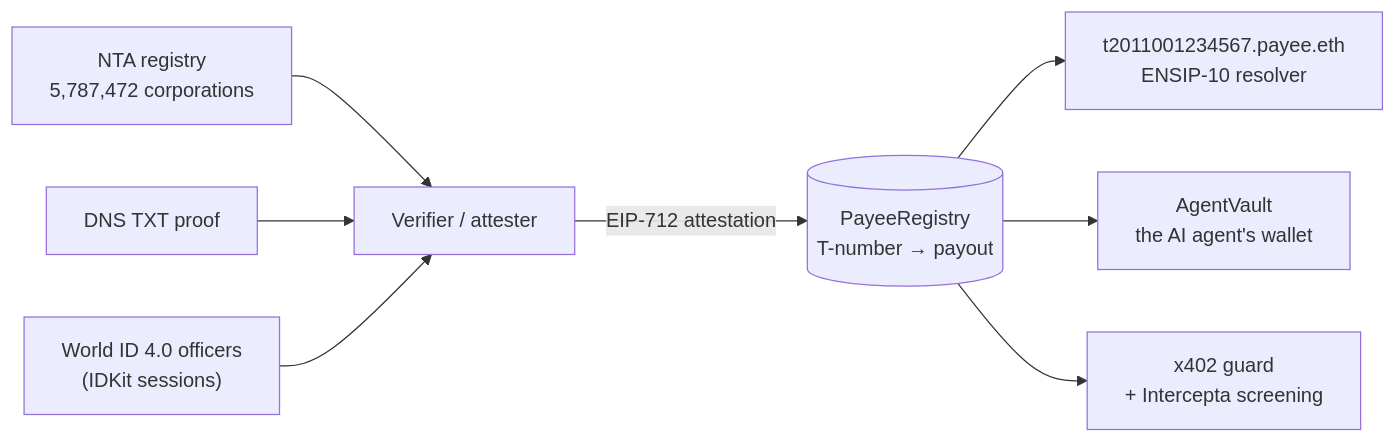
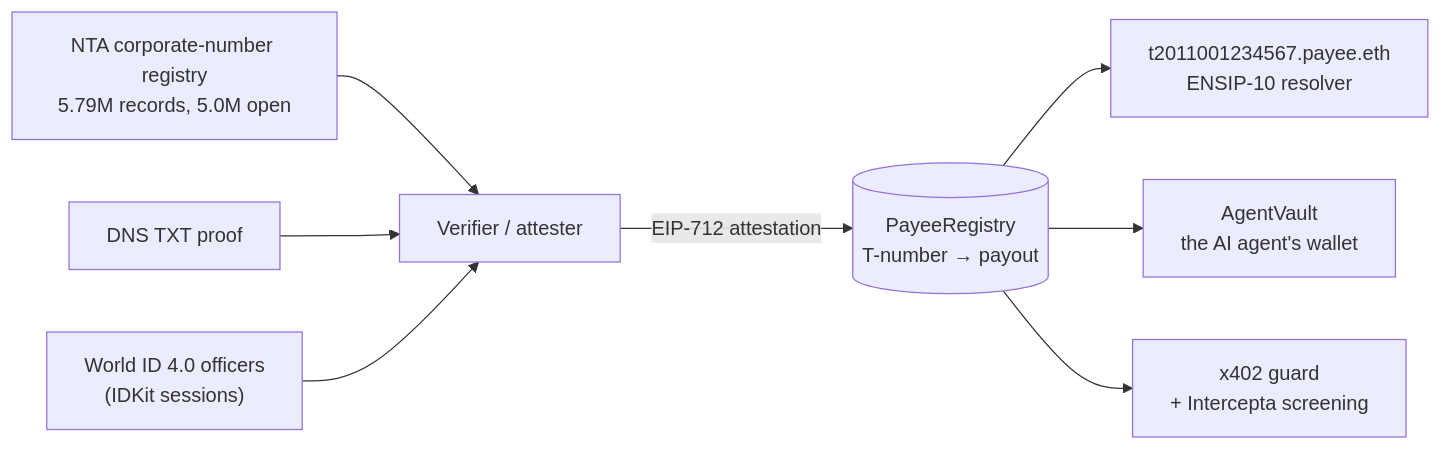
One commit to KaranSinghBisht/meigi changed the diagram in README.md. Above: the diagram before and after it, drawn with Mermaid. The commit also changed 3 other files, not shown here.

First line of the commit message:
docs: count NTA corporate-number records, and size the invoice-status gap

````diff
--- a/README.md
+++ b/README.md
@@ -40,10 +40,10 @@
 ```mermaid
 flowchart LR
-  NTA["NTA registry<br/>5,787,472 corporations"] --> V[Verifier / attester]
+  NTA["NTA corporate-number registry<br/>5.79M records, 5.0M open"] --> V[Verifier / attester]
   DNS[DNS TXT proof] --> V
   W["World ID 4.0 officers<br/>(IDKit sessions)"] --> V
   V -- "EIP-712 attestation" --> R[("PayeeRegistry<br/>T-number → payout")]
   R --> E["t2011001234567.payee.eth<br/>ENSIP-10 resolver"]
   R --> A["AgentVault<br/>the AI agent's wallet"]
   R --> X["x402 guard<br/>+ Intercepta screening"]
 ```
````
